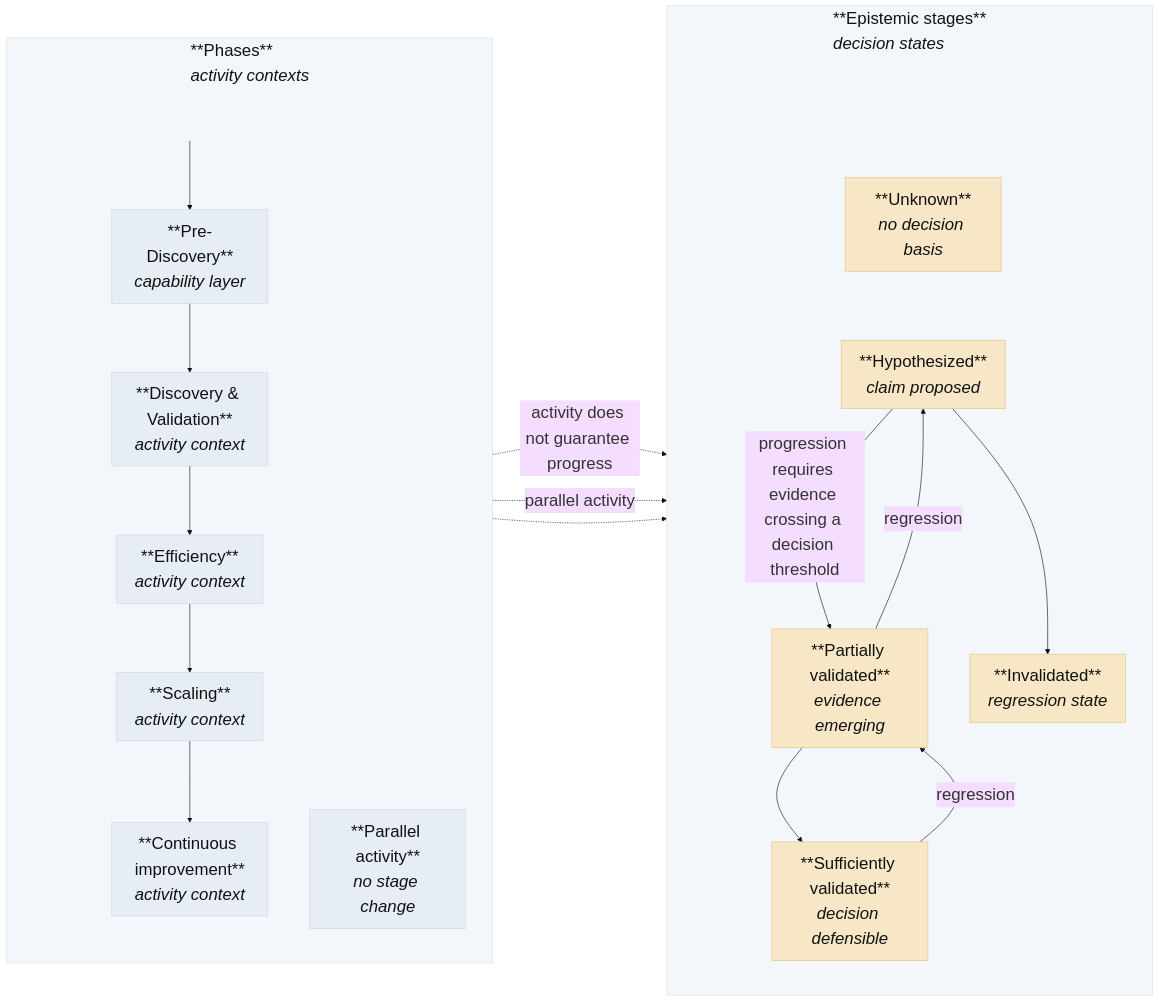
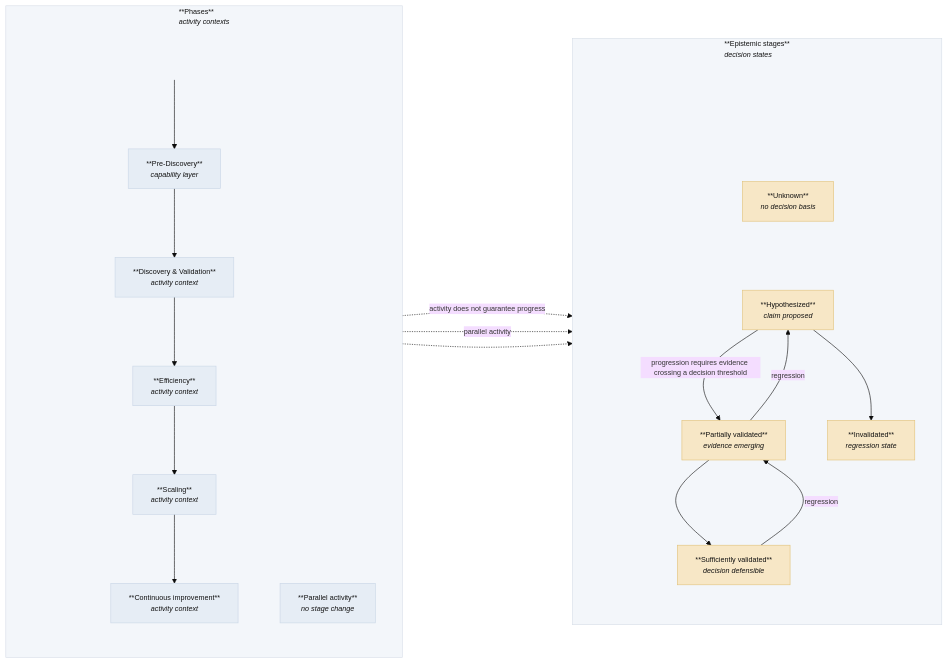
The second of 2 diagrams in docs/book/front-matter/HowToUse.md (micro-canvas-framework/micro-canvas-framework.github.io), drawn with Mermaid before and after one commit. The commit also changed other lines of this file and 23 other files, not shown here.

Commit message:
docs(book): normalize mermaid font size to 12px

````diff
--- a/docs/book/front-matter/HowToUse.md
+++ b/docs/book/front-matter/HowToUse.md
@@ -168,55 +168,55 @@
 ```mermaid
-%%{init: {'theme':'base','themeVariables': {'fontSize':'28px'}, 'flowchart': {'nodeSpacing': 70, 'rankSpacing': 90}} }%%
+%%{init: {'theme':'base','themeVariables': {'fontSize':'12px'}, 'flowchart': {'nodeSpacing': 70, 'rankSpacing': 90}} }%%
 flowchart LR
 
 classDef node fill:#F7E7C6,stroke:#E2C27A,stroke-width:1px,color:#111;
 classDef phase fill:#E6EDF5,stroke:#C9D6E6,stroke-width:1px,color:#111;
 classDef cluster fill:#F3F6FA,stroke:#D7DEE8,stroke-width:1px,color:#111;
 classDef spacer fill:transparent,stroke:transparent,color:transparent;
 
 subgraph EPI["**Epistemic stages**<br/><i>decision states</i>"]
 __SPACER_EPI__["<br/><br/><br/>"]
 direction TB
 class EPI cluster
 R_EPI["<br/><br/>"]:::spacer
 E0["**Unknown**<br/><i>no decision basis</i>"]:::node
 E1["**Hypothesized**<br/><i>claim proposed</i>"]:::node
 E2["**Partially validated**<br/><i>evidence emerging</i>"]:::node
 E3["**Sufficiently validated**<br/><i>decision defensible</i>"]:::node
 E4["**Invalidated**<br/><i>regression state</i>"]:::node
 R_EPI --> E0
 E0 --> E1
 E1 -->|progression requires evidence crossing a decision threshold| E2
 E2 --> E3
 E3 -->|regression| E2
 E2 -->|regression| E1
 E1 --> E4
 end
 
 subgraph PHASES["**Phases**<br/><i>activity contexts</i>"]
 __SPACER_PHASES__["<br/>"]
 direction TB
 class PHASES cluster
 R_P["<br/><br/>"]:::spacer
 P0["**Pre-Discovery**<br/><i>capability layer</i>"]:::phase
 P1["**Discovery & Validation**<br/><i>activity context</i>"]:::phase
 P2["**Efficiency**<br/><i>activity context</i>"]:::phase
 P3["**Scaling**<br/><i>activity context</i>"]:::phase
 P4["**Continuous improvement**<br/><i>activity context</i>"]:::phase
 A1["**Parallel activity**<br/><i>no stage change</i>"]:::phase
 R_P --> P0
 P0 --> P1 --> P2 --> P3 --> P4
 end
 
 P1 -.->|activity does not guarantee progress| E2
 P2 -.->|parallel activity| E2
 A1 -.-> E2
 
 linkStyle 0 stroke:transparent,stroke-width:0px;
 linkStyle 1 stroke:transparent,stroke-width:0px;
 
 class R_EPI,R_P spacer
 class __SPACER_EPI__,__SPACER_PHASES__ spacer
 style R_EPI opacity:0;
 style R_P opacity:0;
 ```
````
